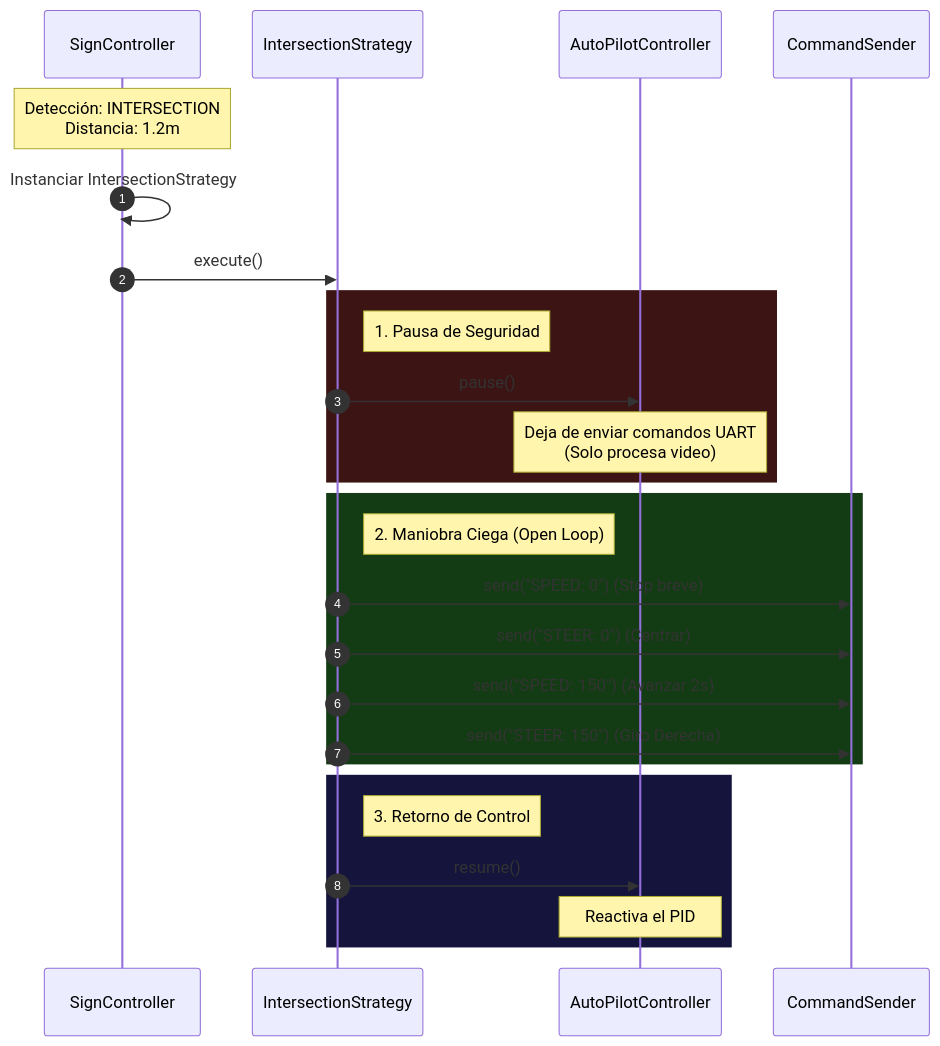
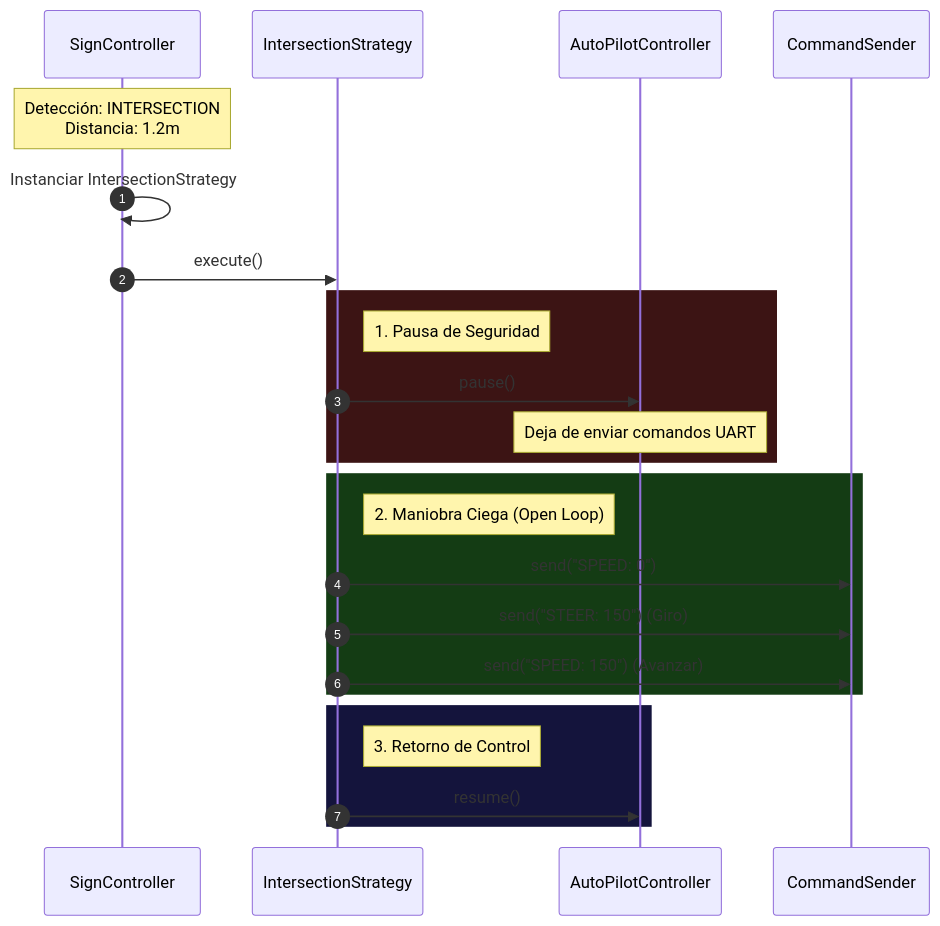
The third of 3 diagrams in README.md (fongarciav/Equipo2024-brain), drawn with Mermaid before and after one commit. The commit also changed other lines of this file, not shown here.

````diff
--- a/README.md
+++ b/README.md
@@ -143,33 +209,31 @@
 ```mermaid
 sequenceDiagram
     autonumber
     participant Sign as SignController
     participant Strat as IntersectionStrategy
     participant Auto as AutoPilotController
     participant Serial as CommandSender
 
     Note over Sign: Detección: INTERSECTION<br/>Distancia: 1.2m
 
     Sign->>Sign: Instanciar IntersectionStrategy
     Sign->>Strat: execute()
     
     rect rgb(60, 20, 20)
         note right of Strat: 1. Pausa de Seguridad
         Strat->>Auto: pause()
-        Note over Auto: Deja de enviar comandos UART<br/>(Solo procesa video)
+        Note over Auto: Deja de enviar comandos UART
     end
 
     rect rgb(20, 60, 20)
         note right of Strat: 2. Maniobra Ciega (Open Loop)
-        Strat->>Serial: send("SPEED: 0") (Stop breve)
-        Strat->>Serial: send("STEER: 0") (Centrar)
-        Strat->>Serial: send("SPEED: 150") (Avanzar 2s)
-        Strat->>Serial: send("STEER: 150") (Giro Derecha)
+        Strat->>Serial: send("SPEED: 0")
+        Strat->>Serial: send("STEER: 150") (Giro)
+        Strat->>Serial: send("SPEED: 150") (Avanzar)
     end
 
     rect rgb(20, 20, 60)
         note right of Strat: 3. Retorno de Control
         Strat->>Auto: resume()
-        Note over Auto: Reactiva el PID
     end
 ```
````
